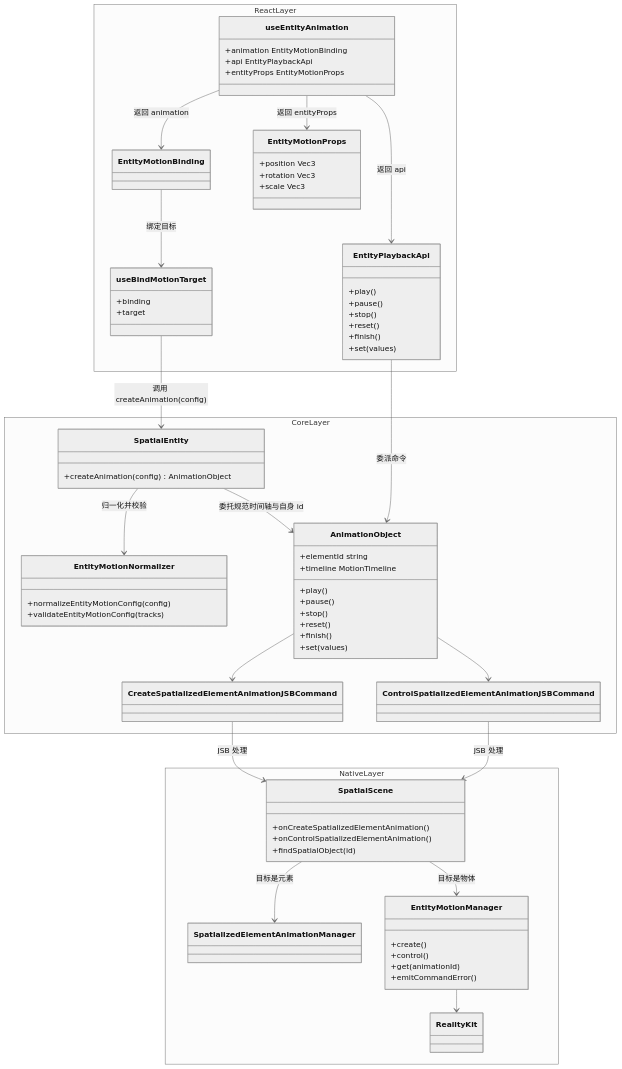
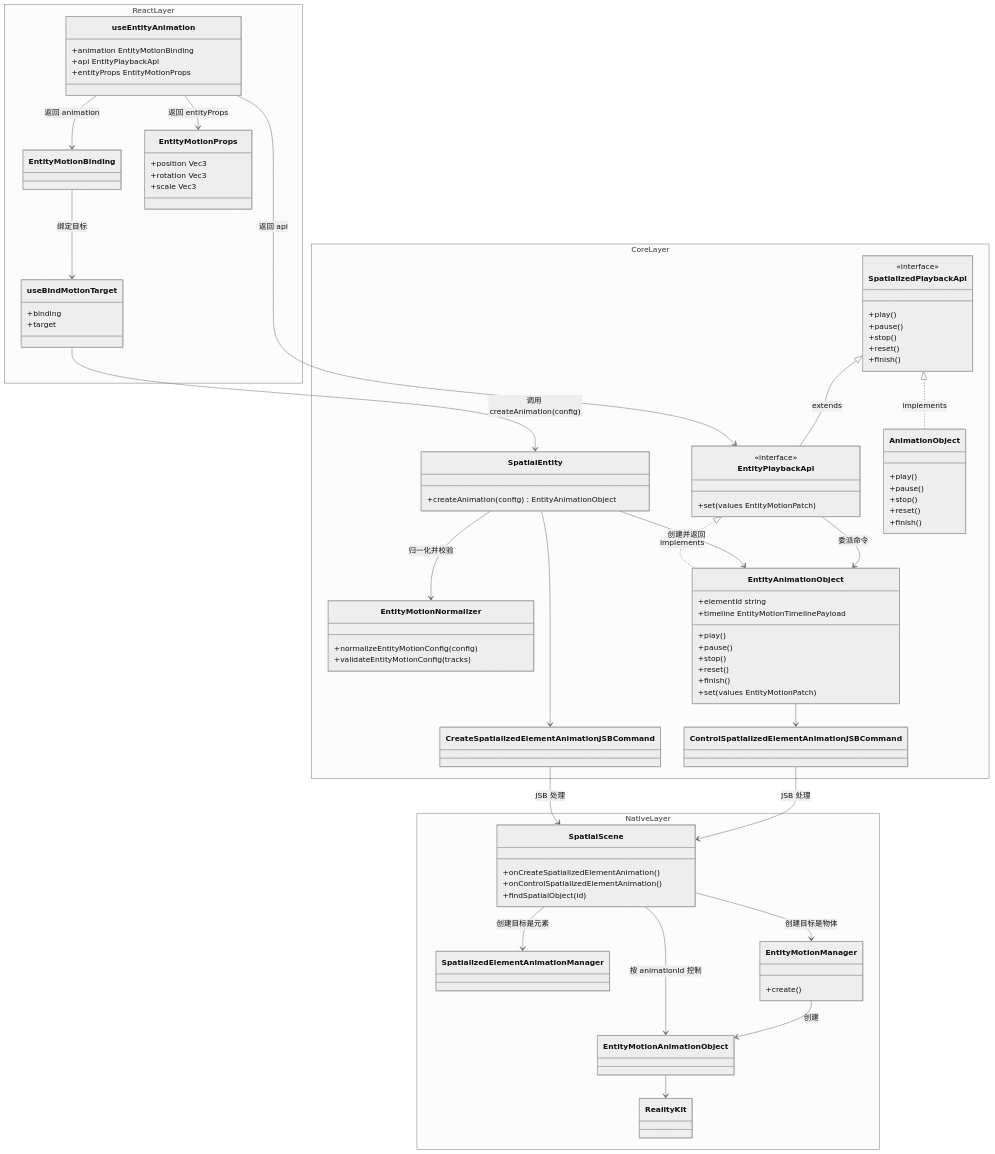
Before and after one commit to webspatial/webspatial-sdk: the second of 14 diagrams in openspec/changes/redesign-entity-motion-api/design.zh.md, drawn with Mermaid (neutral theme). The commit also changed other lines of this file and 1 other file, not shown here.

````diff
--- a/openspec/changes/redesign-entity-motion-api/design.zh.md
+++ b/openspec/changes/redesign-entity-motion-api/design.zh.md
@@ -179,14 +189,6 @@
             +animation EntityMotionBinding
             +api EntityPlaybackApi
             +entityProps EntityMotionProps
-        }
-        class EntityPlaybackApi {
-            +play()
-            +pause()
-            +stop()
-            +reset()
-            +finish()
-            +set(values)
         }
         class EntityMotionBinding
         class EntityMotionProps {
@@ -201,21 +203,40 @@
     }
     namespace CoreLayer {
         class SpatialEntity {
-            +createAnimation(config) AnimationObject
+            +createAnimation(config) EntityAnimationObject
         }
         class EntityMotionNormalizer {
             +normalizeEntityMotionConfig(config)
             +validateEntityMotionConfig(tracks)
         }
-        class AnimationObject {
-            +elementId string
-            +timeline MotionTimeline
+        class SpatializedPlaybackApi {
+            <<interface>>
             +play()
             +pause()
             +stop()
             +reset()
             +finish()
-            +set(values)
+        }
+        class EntityPlaybackApi {
+            <<interface>>
+            +set(values EntityMotionPatch)
+        }
+        class AnimationObject {
+            +play()
+            +pause()
+            +stop()
+            +reset()
+            +finish()
+        }
+        class EntityAnimationObject {
+            +elementId string
+            +timeline EntityMotionTimelinePayload
+            +play()
+            +pause()
+            +stop()
+            +reset()
+            +finish()
+            +set(values EntityMotionPatch)
         }
         class CreateSpatializedElementAnimationJSBCommand
         class ControlSpatializedElementAnimationJSBCommand
@@ -229,10 +250,8 @@
         class SpatializedElementAnimationManager
         class EntityMotionManager {
             +create()
-            +control()
-            +get(animationId)
-            +emitCommandError()
         }
+        class EntityMotionAnimationObject
         class RealityKit
     }
     useEntityAnimation --> EntityMotionBinding : 返回 animation
@@ -241,13 +260,18 @@
     EntityMotionBinding --> useBindMotionTarget : 绑定目标
     useBindMotionTarget --> SpatialEntity : 调用 createAnimation(config)
     SpatialEntity --> EntityMotionNormalizer : 归一化并校验
-    SpatialEntity --> AnimationObject : 委托规范时间轴与自身 id
-    EntityPlaybackApi --> AnimationObject : 委派命令
-    AnimationObject --> CreateSpatializedElementAnimationJSBCommand
-    AnimationObject --> ControlSpatializedElementAnimationJSBCommand
+    SpatializedPlaybackApi <|-- EntityPlaybackApi : extends
+    SpatializedPlaybackApi <|.. AnimationObject : implements
+    EntityPlaybackApi <|.. EntityAnimationObject : implements
+    SpatialEntity --> EntityAnimationObject : 创建并返回
+    EntityPlaybackApi --> EntityAnimationObject : 委派命令
+    SpatialEntity --> CreateSpatializedElementAnimationJSBCommand
+    EntityAnimationObject --> ControlSpatializedElementAnimationJSBCommand
     CreateSpatializedElementAnimationJSBCommand --> SpatialScene : JSB 处理
     ControlSpatializedElementAnimationJSBCommand --> SpatialScene : JSB 处理
-    SpatialScene --> SpatializedElementAnimationManager : 目标是元素
-    SpatialScene --> EntityMotionManager : 目标是物体
-    EntityMotionManager --> RealityKit
+    SpatialScene --> SpatializedElementAnimationManager : 创建目标是元素
+    SpatialScene --> EntityMotionManager : 创建目标是物体
+    SpatialScene --> EntityMotionAnimationObject : 按 animationId 控制
+    EntityMotionManager --> EntityMotionAnimationObject : 创建
+    EntityMotionAnimationObject --> RealityKit
 ```
````
